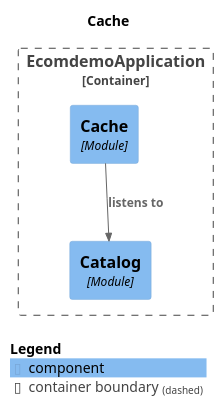
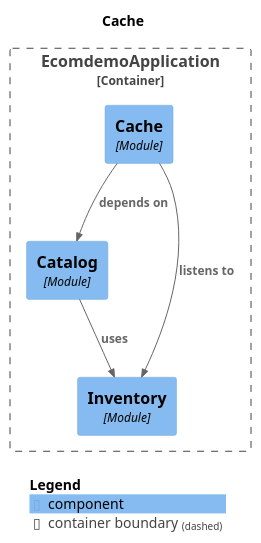
The diagram in docs/modules/module-cache.puml (mr-sujay-patil/ecomdemo), drawn with PlantUML before and after one commit. The commit also changed 36 other files, not shown here.

```diff
--- a/docs/modules/module-cache.puml
+++ b/docs/modules/module-cache.puml
@@ -1,19 +1,22 @@
 @startuml
 set separator none
 title Cache
 
 top to bottom direction
 
 !include <C4/C4>
 !include <C4/C4_Context>
 !include <C4/C4_Component>
 
 Container_Boundary("EcomdemoApplication.EcomdemoApplication_boundary", "EcomdemoApplication", $tags="") {
+  Component(EcomdemoApplication.EcomdemoApplication.Catalog, "Catalog", $techn="Module", $descr="", $tags="", $link="")
   Component(EcomdemoApplication.EcomdemoApplication.Cache, "Cache", $techn="Module", $descr="", $tags="", $link="")
-  Component(EcomdemoApplication.EcomdemoApplication.Catalog, "Catalog", $techn="Module", $descr="", $tags="", $link="")
+  Component(EcomdemoApplication.EcomdemoApplication.Inventory, "Inventory", $techn="Module", $descr="", $tags="", $link="")
 }
 
-Rel(EcomdemoApplication.EcomdemoApplication.Cache, EcomdemoApplication.EcomdemoApplication.Catalog, "listens to", $techn="", $tags="", $link="")
+Rel(EcomdemoApplication.EcomdemoApplication.Cache, EcomdemoApplication.EcomdemoApplication.Catalog, "depends on", $techn="", $tags="", $link="")
+Rel(EcomdemoApplication.EcomdemoApplication.Cache, EcomdemoApplication.EcomdemoApplication.Inventory, "listens to", $techn="", $tags="", $link="")
+Rel(EcomdemoApplication.EcomdemoApplication.Catalog, EcomdemoApplication.EcomdemoApplication.Inventory, "uses", $techn="", $tags="", $link="")
 
 SHOW_LEGEND(true)
 @enduml
```
